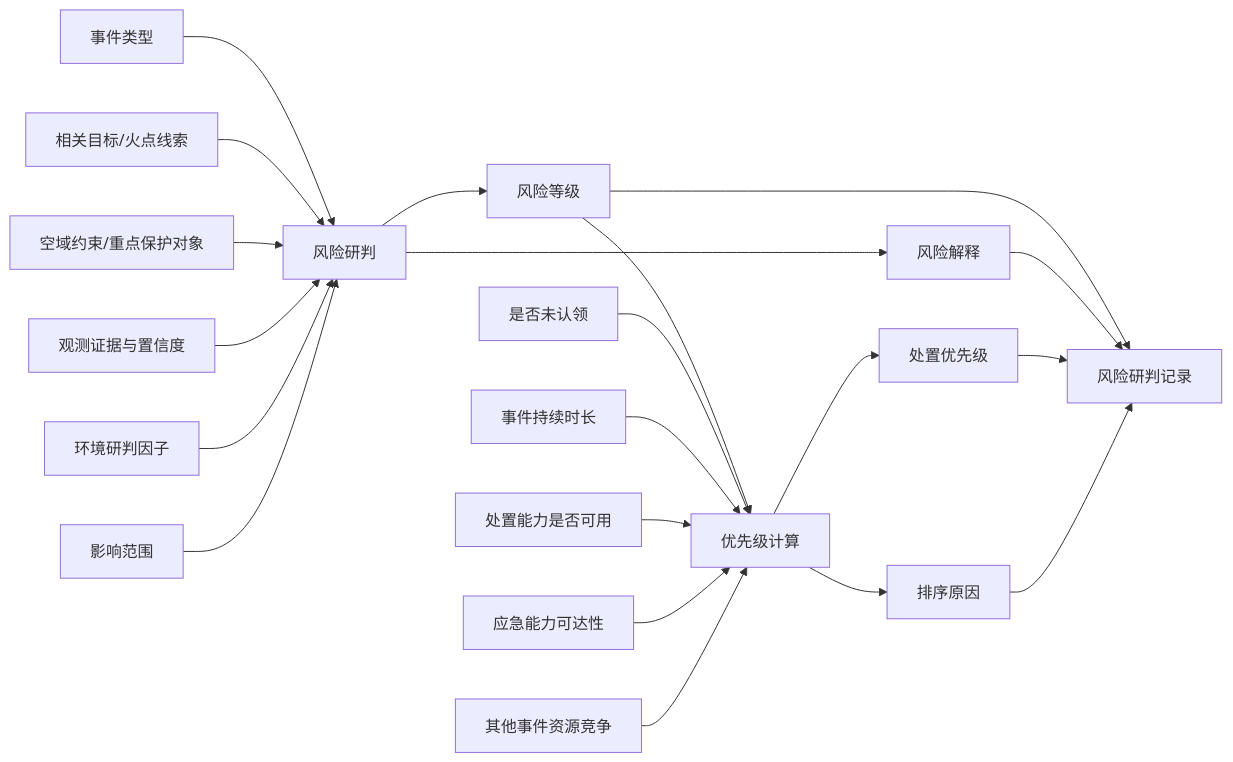
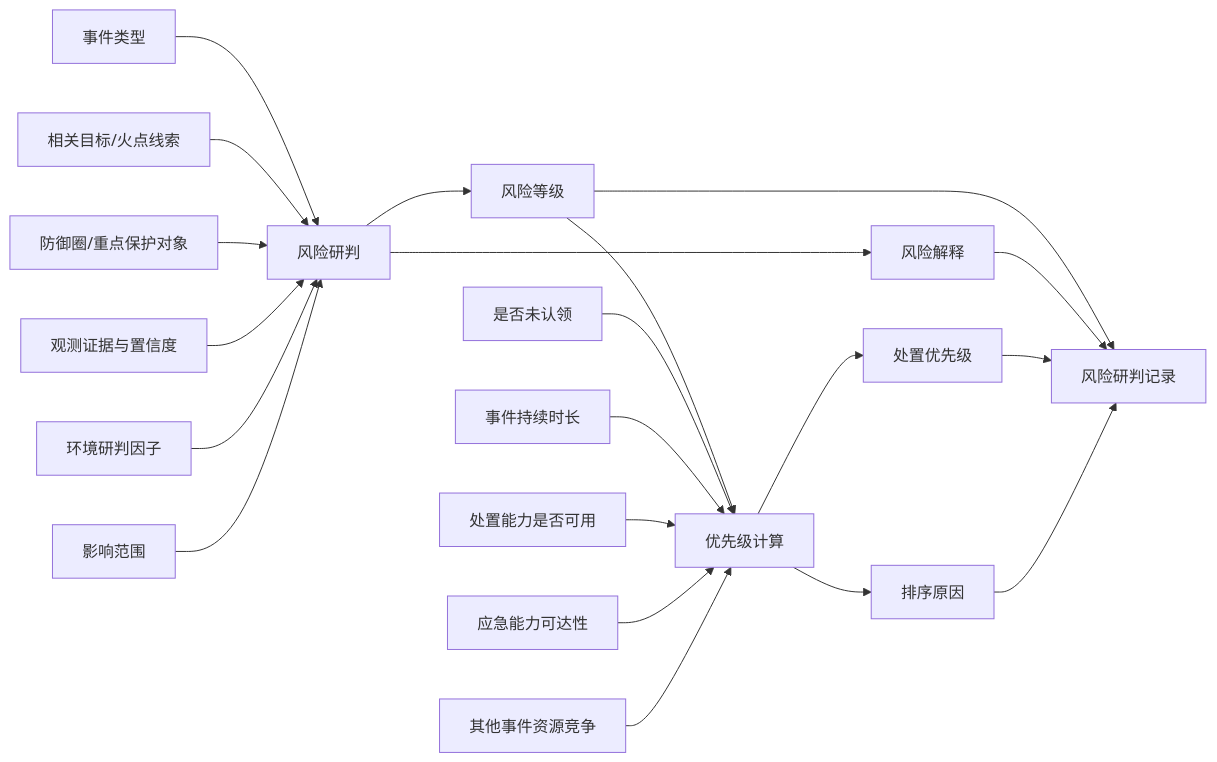
The sixth of 7 diagrams in docs/airspace-event-response-business-flow.md (madizm/huaguoshan-uav), drawn with Mermaid before and after one commit. The commit also changed other lines of this file and 5 other files, not shown here.

````diff
--- a/docs/airspace-event-response-business-flow.md
+++ b/docs/airspace-event-response-business-flow.md
@@ -231,27 +234,27 @@
 ```mermaid
 flowchart LR
     A[事件类型] --> R[风险研判]
     B[相关目标/火点线索] --> R
-    C[空域约束/重点保护对象] --> R
+    C[防御圈/重点保护对象] --> R
     D[观测证据与置信度] --> R
     E[环境研判因子] --> R
     F[影响范围] --> R
 
     R --> G[风险等级]
     R --> H[风险解释]
 
     G --> P[优先级计算]
     I[是否未认领] --> P
     J[事件持续时长] --> P
     K[处置能力是否可用] --> P
     L[应急能力可达性] --> P
     M[其他事件资源竞争] --> P
 
     P --> N[处置优先级]
     P --> O[排序原因]
 
     G --> Q[风险研判记录]
     H --> Q
     N --> Q
     O --> Q
 ```
````
